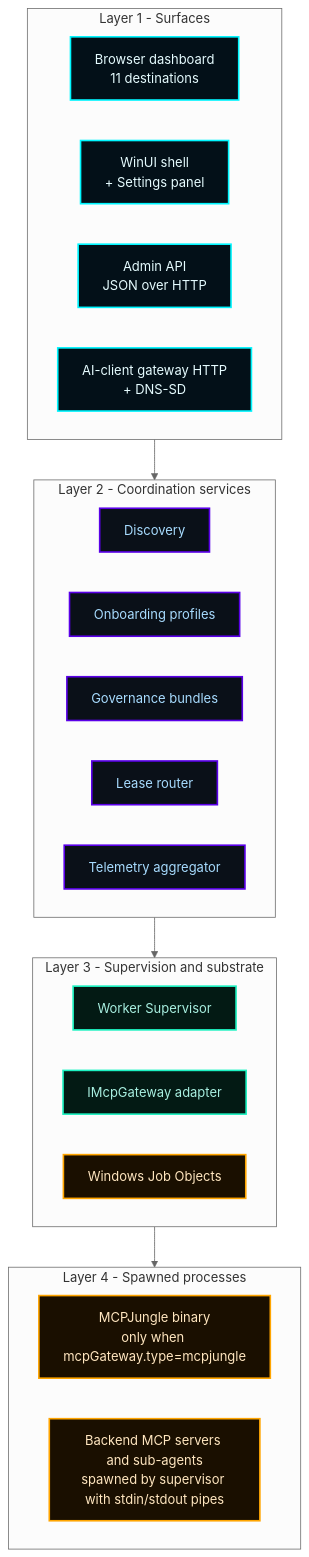
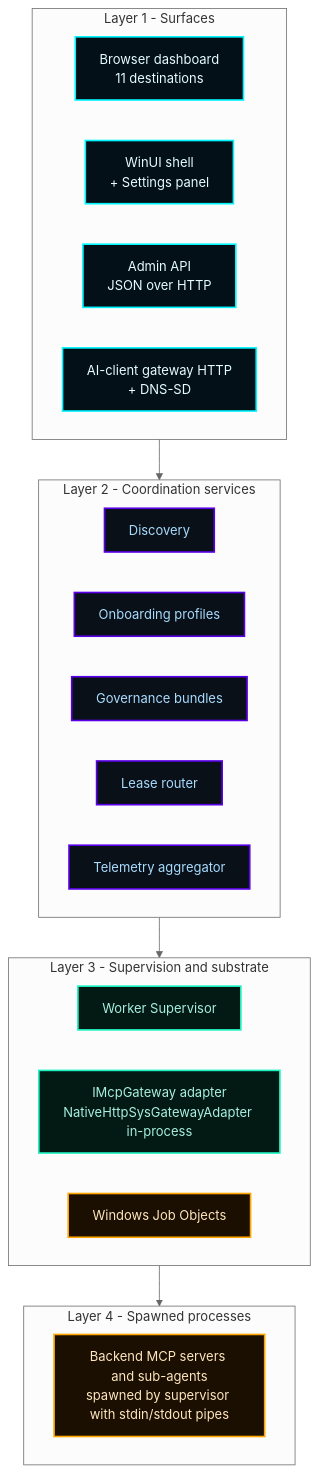
One commit to flynn33/Master-Control-Orchestration-Server changed the third of 8 diagrams in docs/wiki/Architecture.md. Above: the diagram before and after it, drawn with Mermaid (neutral theme). The commit also changed other lines of this file and 19 other files, not shown here.

````diff
--- a/docs/wiki/Architecture.md
+++ b/docs/wiki/Architecture.md
@@ -143,41 +145,40 @@
 ```mermaid
 flowchart TB
     classDef A fill:#031018,stroke:#00F6FF,color:#E6FCFF,stroke-width:2px;
     classDef B fill:#0a1018,stroke:#5A00E8,color:#A8DCFF,stroke-width:2px;
     classDef C fill:#031a14,stroke:#1cf2c1,color:#a8efe0,stroke-width:2px;
     classDef D fill:#1a0f00,stroke:#FFA500,color:#FFE6BF,stroke-width:2px;
 
     subgraph L1[Layer 1 - Surfaces]
       direction LR
       DashboardL1[Browser dashboard<br/>11 destinations]:::A
       ShellL1[WinUI shell<br/>+ Settings panel]:::A
       AdminAPI[Admin API<br/>JSON over HTTP]:::A
       AIClientAPI[AI-client gateway HTTP<br/>+ DNS-SD]:::A
     end
 
     subgraph L2[Layer 2 - Coordination services]
       direction LR
       DiscSvc[Discovery]:::B
       OnboardSvc[Onboarding profiles]:::B
       GovSvc[Governance bundles]:::B
       LeaseSvc[Lease router]:::B
       TelSvc[Telemetry aggregator]:::B
     end
 
     subgraph L3[Layer 3 - Supervision and substrate]
       direction LR
       Supervisor[Worker Supervisor]:::C
-      GatewayAdapter[IMcpGateway adapter]:::C
+      GatewayAdapter[IMcpGateway adapter<br/>NativeHttpSysGatewayAdapter in-process]:::C
       JobObj[Windows Job Objects]:::D
     end
 
     subgraph L4[Layer 4 - Spawned processes]
       direction LR
-      JungleBin[MCPJungle binary<br/>only when mcpGateway.type=mcpjungle]:::D
       Backends[Backend MCP servers and sub-agents<br/>spawned by supervisor with stdin/stdout pipes]:::D
     end
 
     L1 --> L2
     L2 --> L3
     L3 --> L4
 ```
````
